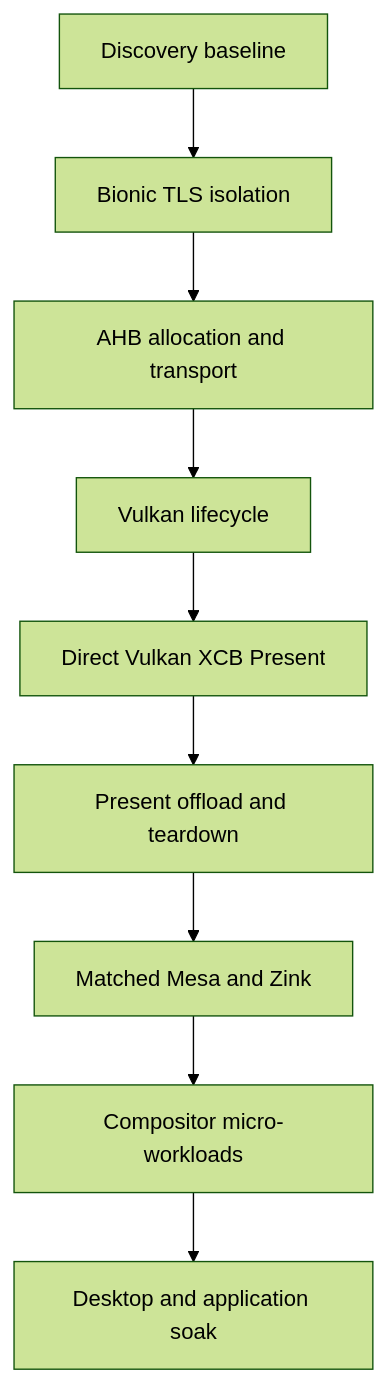
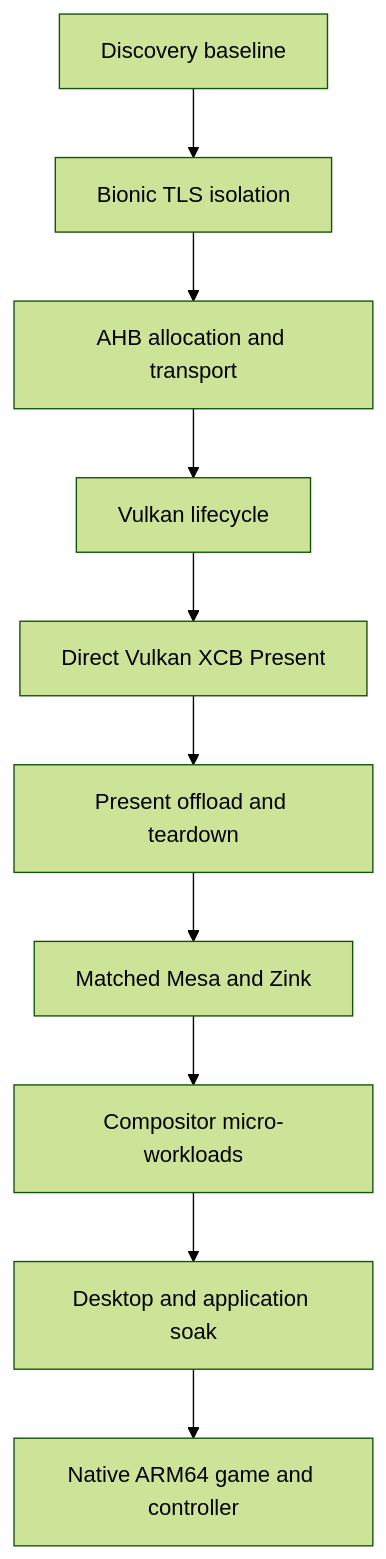
The second of 2 diagrams in vendor-graphics/WSI_MATURITY.md (RandomCoderOrg/mesa-gfxstream), drawn with Mermaid (forest theme) before and after one commit. The commit also changed other lines of this file and 8 other files, not shown here.

Commit message:
feat(graphics): validate explicit X11 acquire fences

````diff
--- a/vendor-graphics/WSI_MATURITY.md
+++ b/vendor-graphics/WSI_MATURITY.md
@@ -54,11 +56,12 @@
 ```mermaid
 flowchart TD
     A["Discovery baseline"] --> B["Bionic TLS isolation"]
     B --> C["AHB allocation and transport"]
     C --> D["Vulkan lifecycle"]
     D --> E["Direct Vulkan XCB Present"]
     E --> F["Present offload and teardown"]
     F --> G["Matched Mesa and Zink"]
     G --> H["Compositor micro-workloads"]
     H --> I["Desktop and application soak"]
+    I --> J["Native ARM64 game and controller"]
 ```
````
